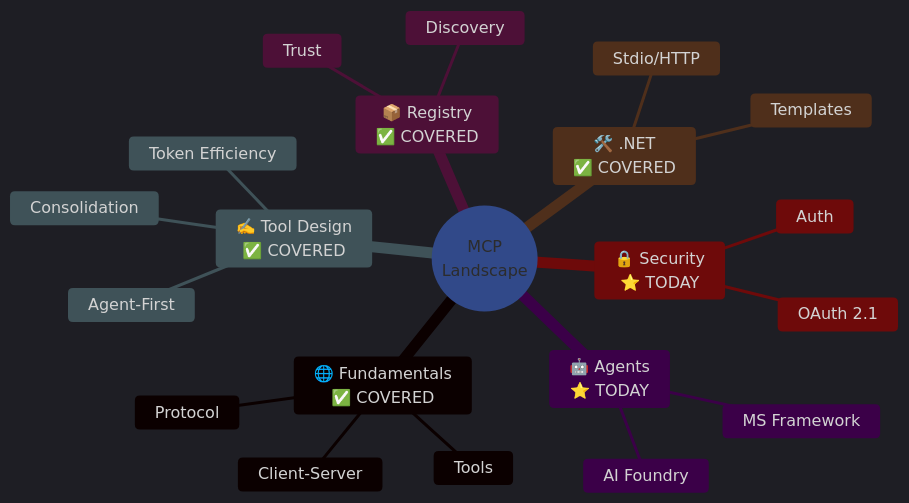
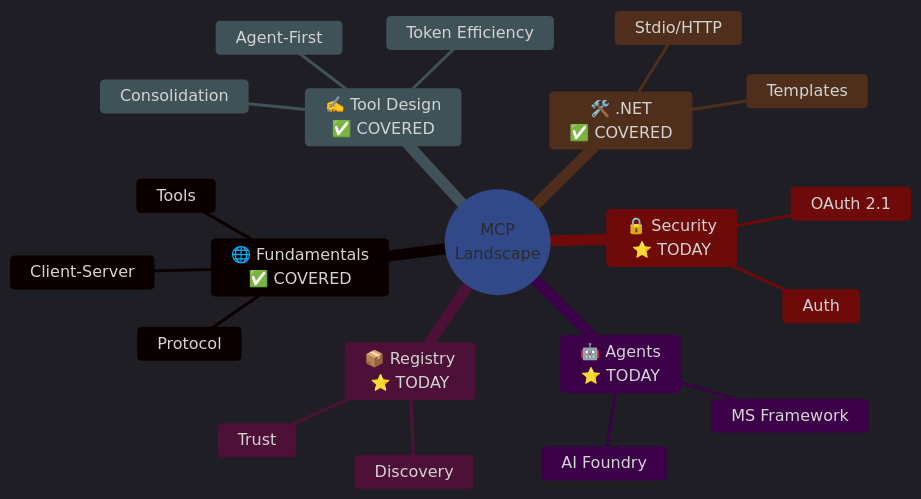
The first of 3 diagrams in slides/presentation_part2.md (NikiforovAll/mcp-landscape), drawn with Mermaid before and after one commit. The commit also changed other lines of this file and 2 other files, not shown here.

```diff
--- a/slides/presentation_part2.md
+++ b/slides/presentation_part2.md
@@ -60,36 +60,36 @@
 <div class="mermaid">
     %%{init: {
         'theme': 'dark',
         'themeVariables': {
             'fontSize': '16px',
             'primaryColor': '#1a1a2e',
             'primaryTextColor': '#ffffff',
             'primaryBorderColor': '#4a9eff',
             'lineColor': '#4a9eff',
             'secondaryColor': '#16213e',
             'tertiaryColor': '#0f3460'
         }
     }}%%
     mindmap
         root((MCP<br/>Landscape))
             🌐 Fundamentals<br/>✅ COVERED
                 Protocol
                 Client-Server
                 Tools
-            📦 Registry<br/>✅ COVERED
+            📦 Registry<br/> ⭐ TODAY
                 Discovery
                 Trust
             ✍️ Tool Design<br/>✅ COVERED
                 Agent-First
                 Consolidation
                 Token Efficiency
             🛠️ .NET<br/>✅ COVERED
                 Templates
                 Stdio/HTTP
             🔒 Security<br/>⭐ TODAY
                 OAuth 2.1
                 Auth
             🤖 Agents<br/>⭐ TODAY
                 MS Framework
                 AI Foundry
 </div>
```
